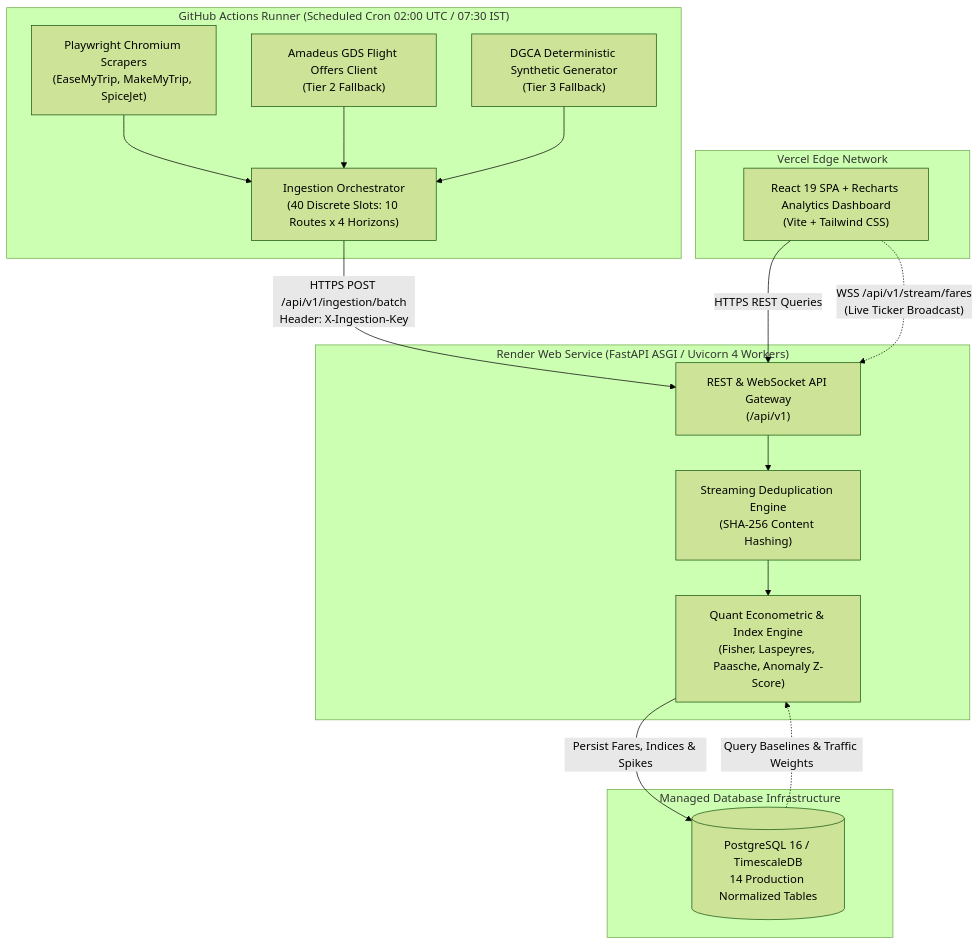
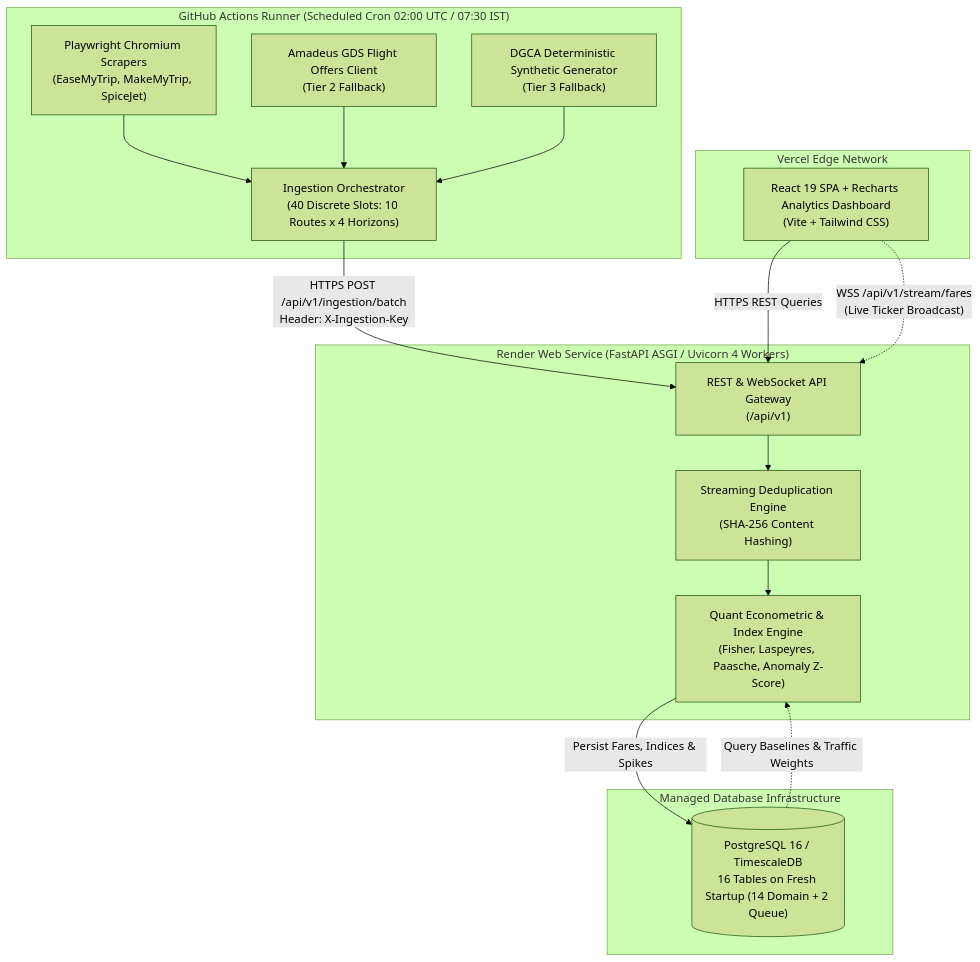
One commit to SameerKumar05/APIx changed the first of 2 diagrams in docs/deployment.md. Above: the diagram before and after it, drawn with Mermaid (forest theme). The commit also changed other lines of this file and 1 other file, not shown here.

Commit message:
docs(deployment): document browser binary selection and worker queue

````diff
--- a/docs/deployment.md
+++ b/docs/deployment.md
@@ -27,34 +27,34 @@
 ```mermaid
 flowchart TD
     subgraph Ingestion["GitHub Actions Runner (Scheduled Cron 02:00 UTC / 07:30 IST)"]
         Scraper["Playwright Chromium Scrapers<br/>(EaseMyTrip, MakeMyTrip, SpiceJet)"]
         GDS["Amadeus GDS Flight Offers Client<br/>(Tier 2 Fallback)"]
         Synthetic["DGCA Deterministic Synthetic Generator<br/>(Tier 3 Fallback)"]
         Orch["Ingestion Orchestrator<br/>(40 Discrete Slots: 10 Routes x 4 Horizons)"]
         Scraper --> Orch
         GDS --> Orch
         Synthetic --> Orch
     end
 
     subgraph Backend["Render Web Service (FastAPI ASGI / Uvicorn 4 Workers)"]
         API["REST & WebSocket API Gateway<br/>(/api/v1)"]
         Dedup["Streaming Deduplication Engine<br/>(SHA-256 Content Hashing)"]
         Quant["Quant Econometric & Index Engine<br/>(Fisher, Laspeyres, Paasche, Anomaly Z-Score)"]
         API --> Dedup
         Dedup --> Quant
     end
 
     subgraph Database["Managed Database Infrastructure"]
-        DB[("PostgreSQL 16 / TimescaleDB<br/>14 Production Normalized Tables")]
+        DB[("PostgreSQL 16 / TimescaleDB<br/>16 Tables on Fresh Startup (14 Domain + 2 Queue)")]
     end
 
     subgraph Edge["Vercel Edge Network"]
         UI["React 19 SPA + Recharts Analytics Dashboard<br/>(Vite + Tailwind CSS)"]
     end
 
     Orch -->|"HTTPS POST /api/v1/ingestion/batch<br/>Header: X-Ingestion-Key"| API
     Quant -->|"Persist Fares, Indices & Spikes"| DB
     DB -.->|"Query Baselines & Traffic Weights"| Quant
     UI -->|"HTTPS REST Queries"| API
     UI -.->|"WSS /api/v1/stream/fares<br/>(Live Ticker Broadcast)"| API
 ```
````
